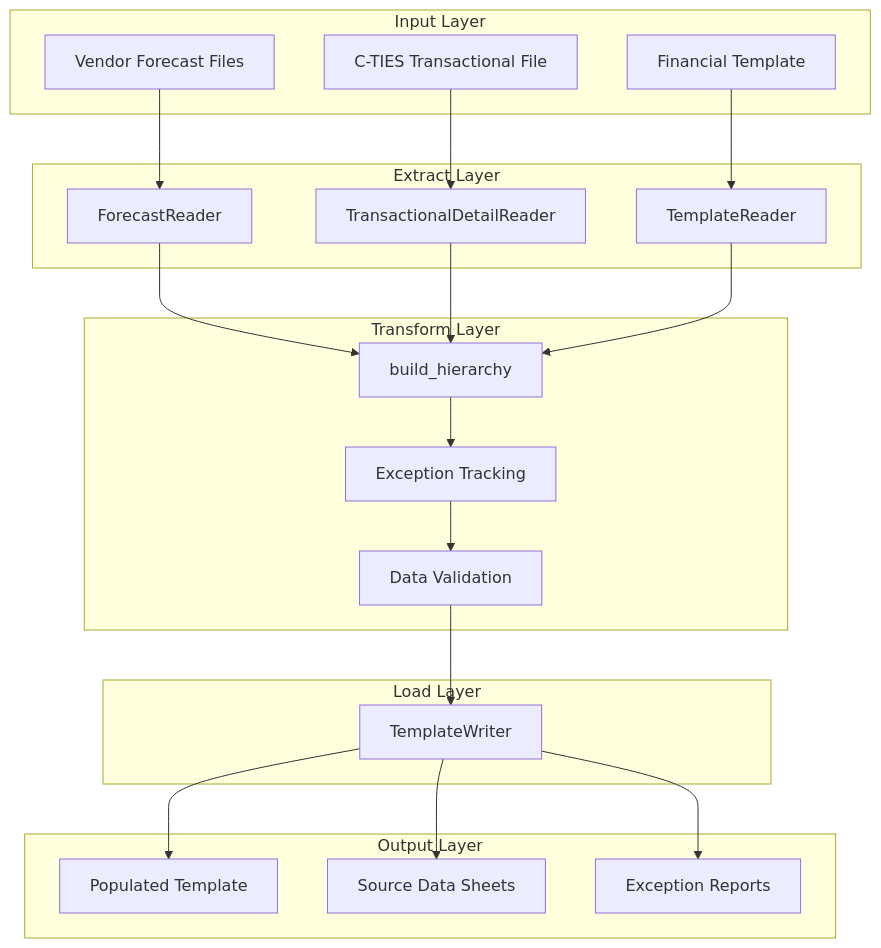
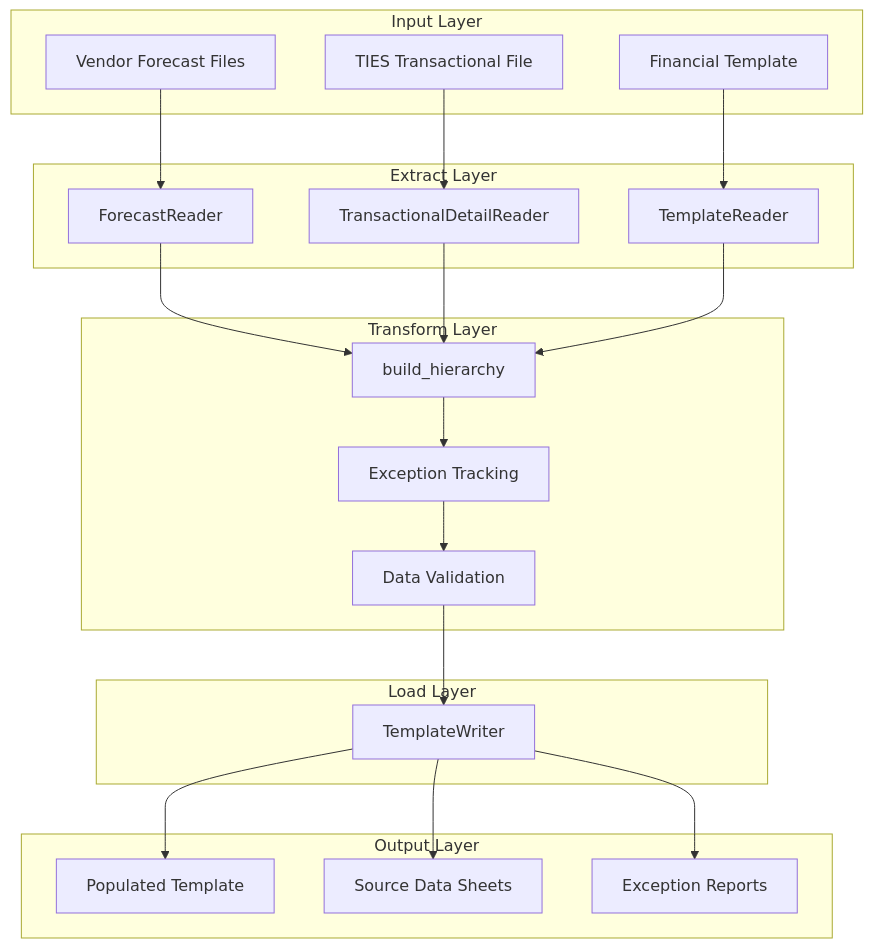
Before and after one commit to pfizer-maryoelkers/financial-automation-project: the first of 3 diagrams in docs/ARCHITECTURE.md, drawn with Mermaid. The commit also changed other lines of this file and 7 other files, not shown here.

````diff
--- a/docs/ARCHITECTURE.md
+++ b/docs/ARCHITECTURE.md
@@ -26,43 +26,43 @@
 ```mermaid
 graph TB
     subgraph "Input Layer"
         A[Vendor Forecast Files]
-        B[C-TIES Transactional File]
+        B[TIES Transactional File]
         C[Financial Template]
     end
     
     subgraph "Extract Layer"
         D[ForecastReader]
         E[TransactionalDetailReader]
         F[TemplateReader]
     end
     
     subgraph "Transform Layer"
         G[build_hierarchy]
         H[Exception Tracking]
         I[Data Validation]
     end
     
     subgraph "Load Layer"
         J[TemplateWriter]
     end
     
     subgraph "Output Layer"
         K[Populated Template]
         L[Source Data Sheets]
         M[Exception Reports]
     end
     
     A --> D
     B --> E
     C --> F
     D --> G
     E --> G
     F --> G
     G --> H
     H --> I
     I --> J
     J --> K
     J --> L
     J --> M
 ```
````
